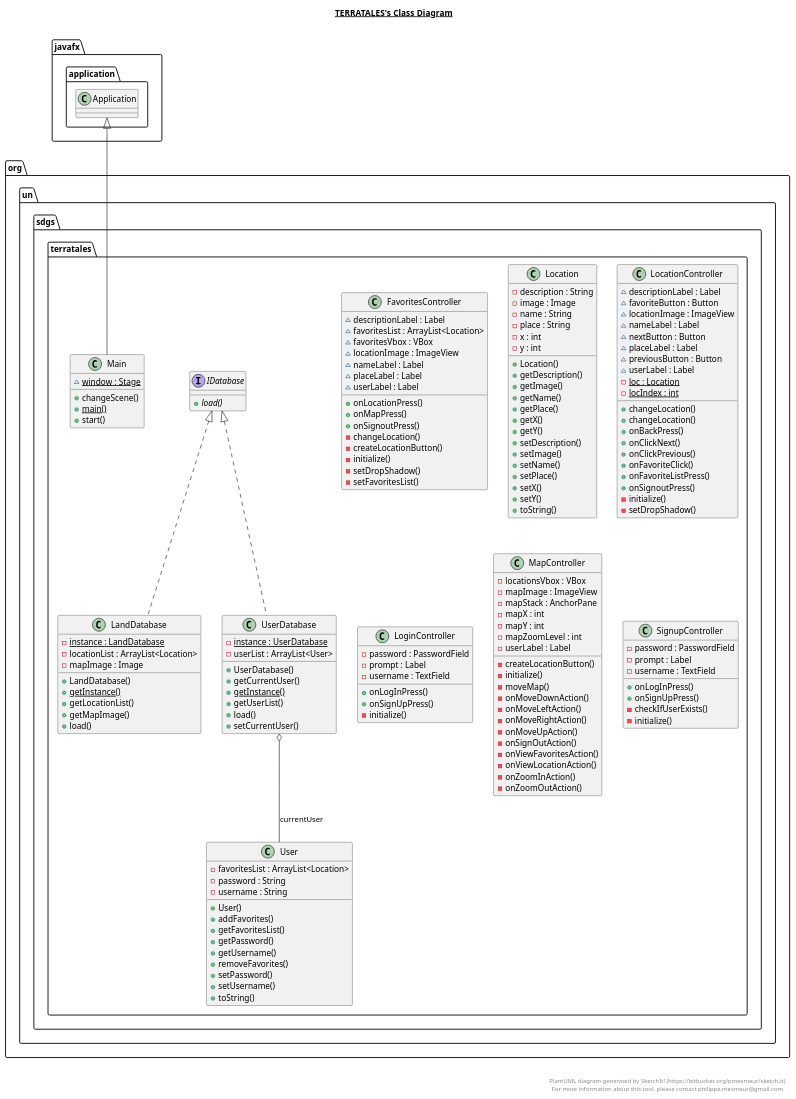
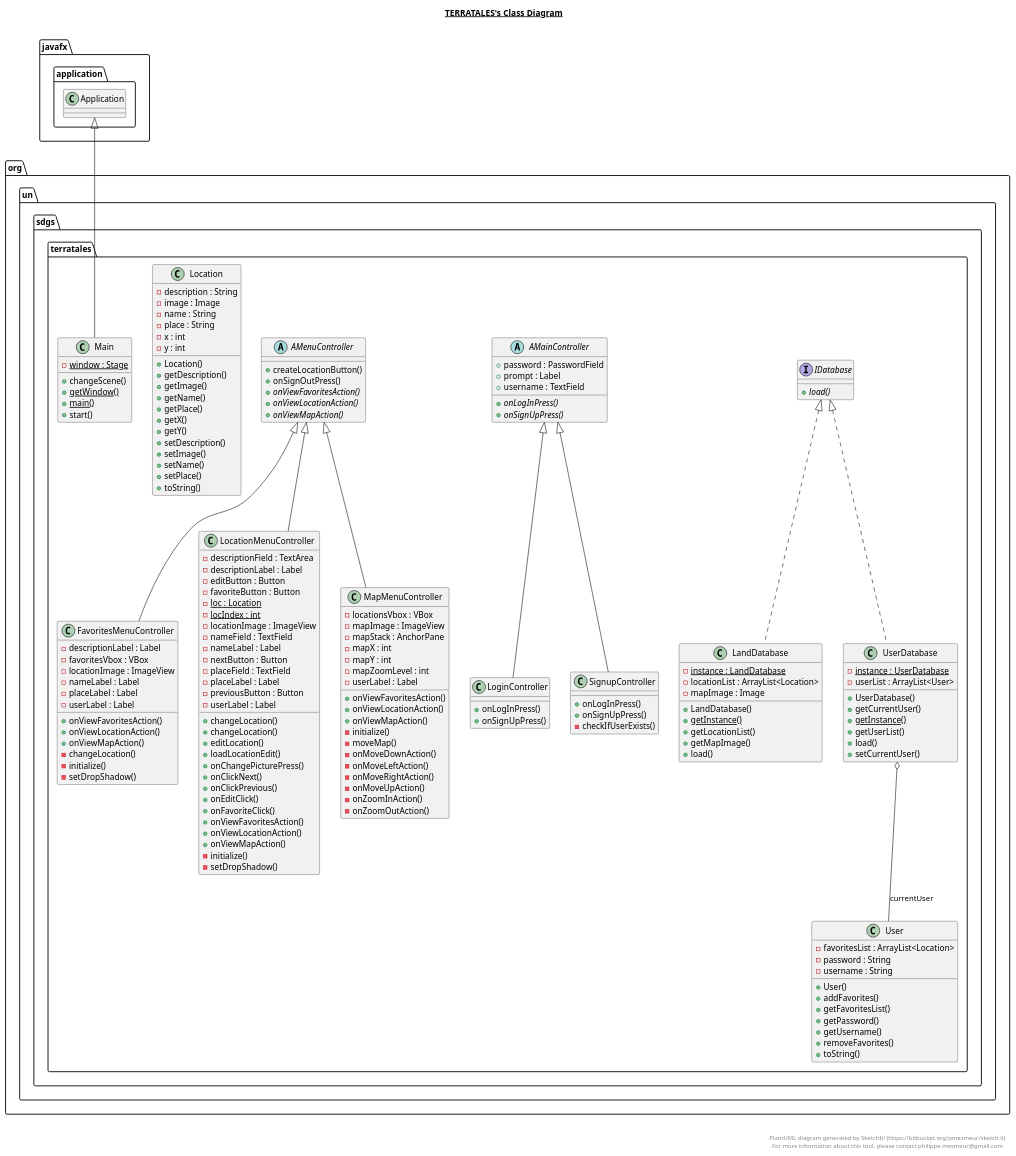
Before and after one commit to Alawnely/TerraTales: the diagram in src/main/java/org/un/sdgs/terratales/terratales.plantuml, drawn with PlantUML.

Commit message:
generated plant UML sketch it pt2

```diff
--- a/src/main/java/org/un/sdgs/terratales/terratales.plantuml
+++ b/src/main/java/org/un/sdgs/terratales/terratales.plantuml
@@ -1,172 +1,189 @@
 @startuml
 
 title __TERRATALES's Class Diagram__\n
 
-      class org.un.sdgs.terratales.FavoritesController {
-          ~ descriptionLabel : Label
-          ~ favoritesList : ArrayList<Location>
-          ~ favoritesVbox : VBox
-          ~ locationImage : ImageView
-          ~ nameLabel : Label
-          ~ placeLabel : Label
-          ~ userLabel : Label
-          + onLocationPress()
-          + onMapPress()
-          + onSignoutPress()
+      abstract class org.un.sdgs.terratales.AMainController {
+          + password : PasswordField
+          + prompt : Label
+          + username : TextField
+          {abstract} + onLogInPress()
+          {abstract} + onSignUpPress()
+      }
+
+      abstract class org.un.sdgs.terratales.AMenuController {
+          + createLocationButton()
+          + onSignOutPress()
+          {abstract} + onViewFavoritesAction()
+          {abstract} + onViewLocationAction()
+          {abstract} + onViewMapAction()
+      }
+
+      class org.un.sdgs.terratales.FavoritesMenuController {
+          - descriptionLabel : Label
+          - favoritesVbox : VBox
+          - locationImage : ImageView
+          - nameLabel : Label
+          - placeLabel : Label
+          - userLabel : Label
+          + onViewFavoritesAction()
+          + onViewLocationAction()
+          + onViewMapAction()
           - changeLocation()
-          - createLocationButton()
           - initialize()
           - setDropShadow()
-          - setFavoritesList()
       }
 
       interface org.un.sdgs.terratales.IDatabase {
           {abstract} + load()
       }
+
 
       class org.un.sdgs.terratales.LandDatabase {
           {static} - instance : LandDatabase
           - locationList : ArrayList<Location>
           - mapImage : Image
           + LandDatabase()
           {static} + getInstance()
           + getLocationList()
           + getMapImage()
           + load()
       }
 
       class org.un.sdgs.terratales.Location {
           - description : String
           - image : Image
           - name : String
           - place : String
           - x : int
           - y : int
           + Location()
           + getDescription()
           + getImage()
           + getName()
           + getPlace()
           + getX()
           + getY()
           + setDescription()
           + setImage()
           + setName()
           + setPlace()
-          + setX()
-          + setY()
           + toString()
       }
 
-      class org.un.sdgs.terratales.LocationController {
-          ~ descriptionLabel : Label
-          ~ favoriteButton : Button
-          ~ locationImage : ImageView
-          ~ nameLabel : Label
-          ~ nextButton : Button
-          ~ placeLabel : Label
-          ~ previousButton : Button
-          ~ userLabel : Label
+      class org.un.sdgs.terratales.LocationMenuController {
+          - descriptionField : TextArea
+          - descriptionLabel : Label
+          - editButton : Button
+          - favoriteButton : Button
           {static} - loc : Location
           {static} - locIndex : int
+          - locationImage : ImageView
+          - nameField : TextField
+          - nameLabel : Label
+          - nextButton : Button
+          - placeField : TextField
+          - placeLabel : Label
+          - previousButton : Button
+          - userLabel : Label
           + changeLocation()
           + changeLocation()
-          + onBackPress()
+          + editLocation()
+          + loadLocationEdit()
+          + onChangePicturePress()
           + onClickNext()
           + onClickPrevious()
+          + onEditClick()
           + onFavoriteClick()
-          + onFavoriteListPress()
-          + onSignoutPress()
+          + onViewFavoritesAction()
+          + onViewLocationAction()
+          + onViewMapAction()
           - initialize()
           - setDropShadow()
       }
 
+
       class org.un.sdgs.terratales.LoginController {
-          - password : PasswordField
-          - prompt : Label
-          - username : TextField
           + onLogInPress()
           + onSignUpPress()
-          - initialize()
       }
 
+
       class org.un.sdgs.terratales.Main {
-          {static} ~ window : Stage
+          {static} - window : Stage
           + changeScene()
+          {static} + getWindow()
           {static} + main()
           + start()
       }
 
-      class org.un.sdgs.terratales.MapController {
+      class org.un.sdgs.terratales.MapMenuController {
           - locationsVbox : VBox
           - mapImage : ImageView
           - mapStack : AnchorPane
           - mapX : int
           - mapY : int
           - mapZoomLevel : int
           - userLabel : Label
-          - createLocationButton()
+          + onViewFavoritesAction()
+          + onViewLocationAction()
+          + onViewMapAction()
           - initialize()
           - moveMap()
           - onMoveDownAction()
           - onMoveLeftAction()
           - onMoveRightAction()
           - onMoveUpAction()
-          - onSignOutAction()
-          - onViewFavoritesAction()
-          - onViewLocationAction()
           - onZoomInAction()
           - onZoomOutAction()
       }
 
       class org.un.sdgs.terratales.SignupController {
-          - password : PasswordField
-          - prompt : Label
-          - username : TextField
           + onLogInPress()
           + onSignUpPress()
           - checkIfUserExists()
-          - initialize()
       }
 
       class org.un.sdgs.terratales.User {
           - favoritesList : ArrayList<Location>
           - password : String
           - username : String
           + User()
           + addFavorites()
           + getFavoritesList()
           + getPassword()
           + getUsername()
           + removeFavorites()
-          + setPassword()
-          + setUsername()
           + toString()
       }
-
 
       class org.un.sdgs.terratales.UserDatabase {
           {static} - instance : UserDatabase
           - userList : ArrayList<User>
           + UserDatabase()
           + getCurrentUser()
           {static} + getInstance()
           + getUserList()
           + load()
           + setCurrentUser()
       }
 
+
+  org.un.sdgs.terratales.FavoritesMenuController -up-|> org.un.sdgs.terratales.AMenuController
   org.un.sdgs.terratales.LandDatabase .up.|> org.un.sdgs.terratales.IDatabase
+  org.un.sdgs.terratales.LocationMenuController -up-|> org.un.sdgs.terratales.AMenuController
+  org.un.sdgs.terratales.LoginController -up-|> org.un.sdgs.terratales.AMainController
   org.un.sdgs.terratales.Main -up-|> javafx.application.Application
+  org.un.sdgs.terratales.MapMenuController -up-|> org.un.sdgs.terratales.AMenuController
+  org.un.sdgs.terratales.SignupController -up-|> org.un.sdgs.terratales.AMainController
   org.un.sdgs.terratales.UserDatabase .up.|> org.un.sdgs.terratales.IDatabase
   org.un.sdgs.terratales.UserDatabase o-- org.un.sdgs.terratales.User : currentUser
 
 
 right footer
 
 
 PlantUML diagram generated by SketchIt! (https://bitbucket.org/pmesmeur/sketch.it)
 For more information about this tool, please contact philippe.mesmeur@gmail.com
 endfooter
 
 @enduml
```
